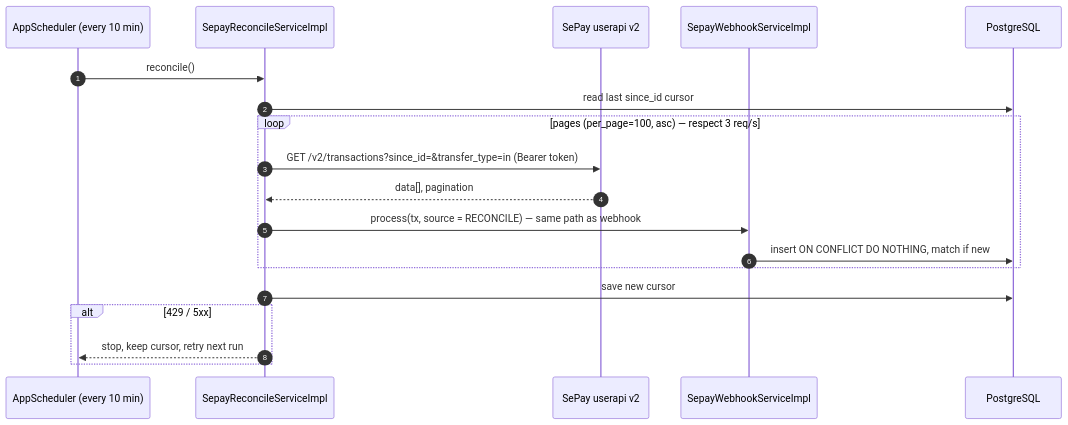
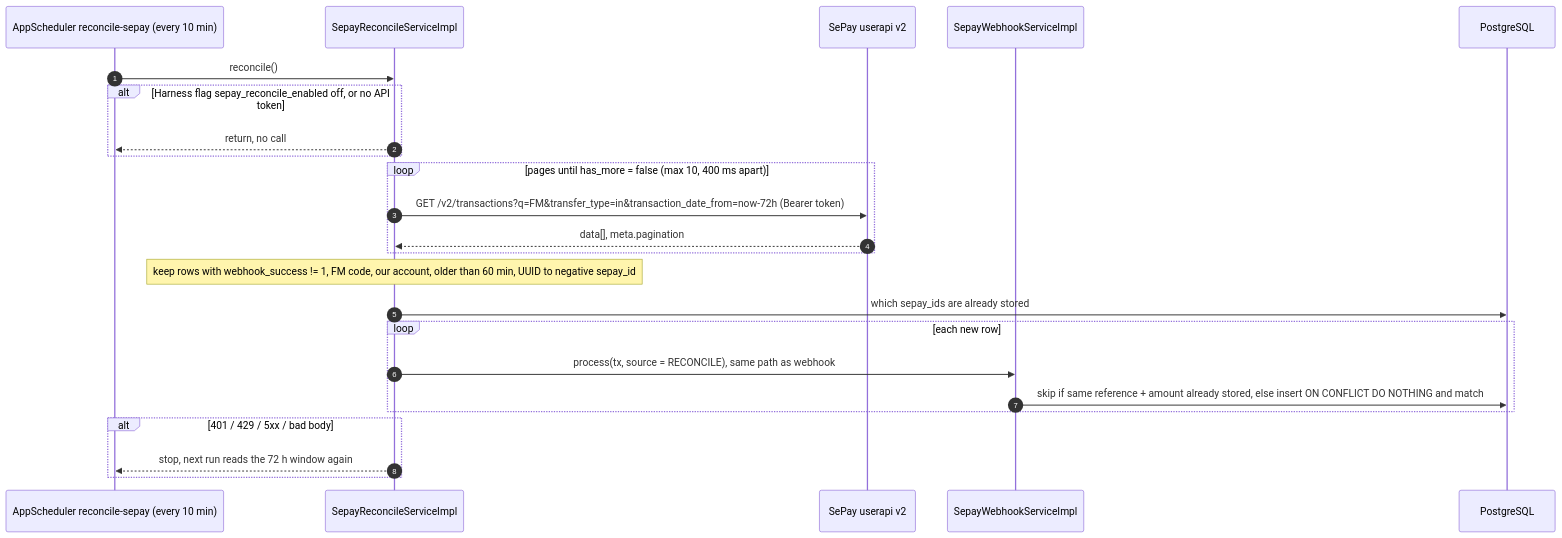
One commit to nguyenhuuca/assessment changed the fourth of 5 diagrams in docs/sequence/sequence-sepay-payments.md. Above: the diagram before and after it, drawn with Mermaid. The commit also changed 18 other files, not shown here.

First line of the commit message:
feat(payments): reconcile missed SePay webhooks via API v2 (PAY-5)

````diff
--- a/docs/sequence/sequence-sepay-payments.md
+++ b/docs/sequence/sequence-sepay-payments.md
@@ -114,22 +114,27 @@
 ```mermaid
 sequenceDiagram
     autonumber
-    participant J as AppScheduler (every 10 min)
+    participant J as AppScheduler reconcile-sepay (every 10 min)
     participant R as SepayReconcileServiceImpl
     participant API as SePay userapi v2
     participant WS as SepayWebhookServiceImpl
     participant DB as PostgreSQL
 
     J->>R: reconcile()
-    R->>DB: read last since_id cursor
-    loop pages (per_page=100, asc) — respect 3 req/s
-        R->>API: GET /v2/transactions?since_id=&transfer_type=in (Bearer token)
-        API-->>R: data[], pagination
-        R->>WS: process(tx, source = RECONCILE) — same path as webhook
-        WS->>DB: insert ON CONFLICT DO NOTHING, match if new
+    alt Harness flag sepay_reconcile_enabled off, or no API token
+        R-->>J: return, no call
     end
-    R->>DB: save new cursor
-    alt 429 / 5xx
-        R-->>J: stop, keep cursor, retry next run
+    loop pages until has_more = false (max 10, 400 ms apart)
+        R->>API: GET /v2/transactions?q=FM&transfer_type=in&transaction_date_from=now-72h (Bearer token)
+        API-->>R: data[], meta.pagination
+    end
+    Note over R: keep rows with webhook_success != 1, FM code, our account, older than 60 min, UUID to negative sepay_id
+    R->>DB: which sepay_ids are already stored
+    loop each new row
+        R->>WS: process(tx, source = RECONCILE), same path as webhook
+        WS->>DB: skip if same reference + amount already stored, else insert ON CONFLICT DO NOTHING and match
+    end
+    alt 401 / 429 / 5xx / bad body
+        R-->>J: stop, next run reads the 72 h window again
     end
 ```
````
